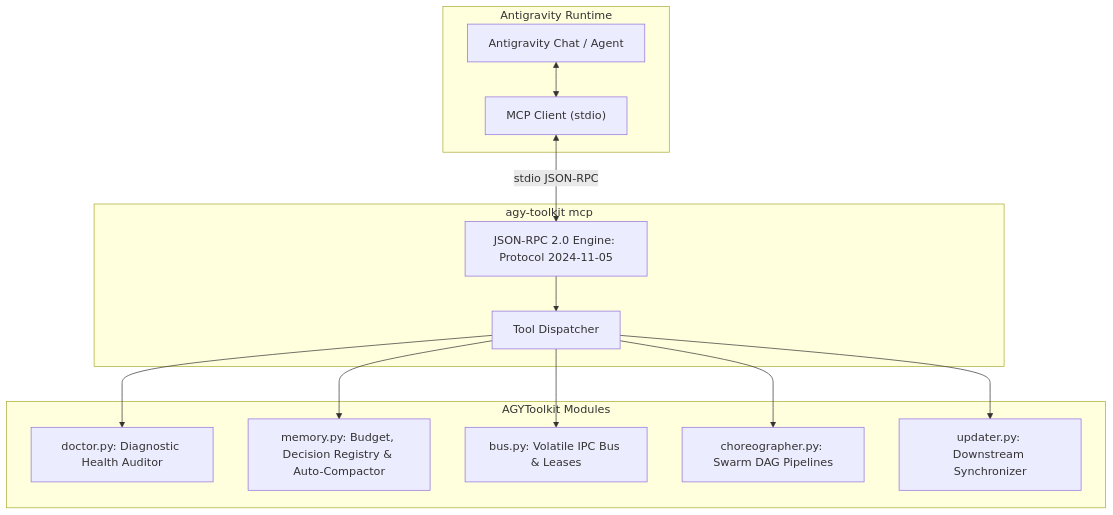
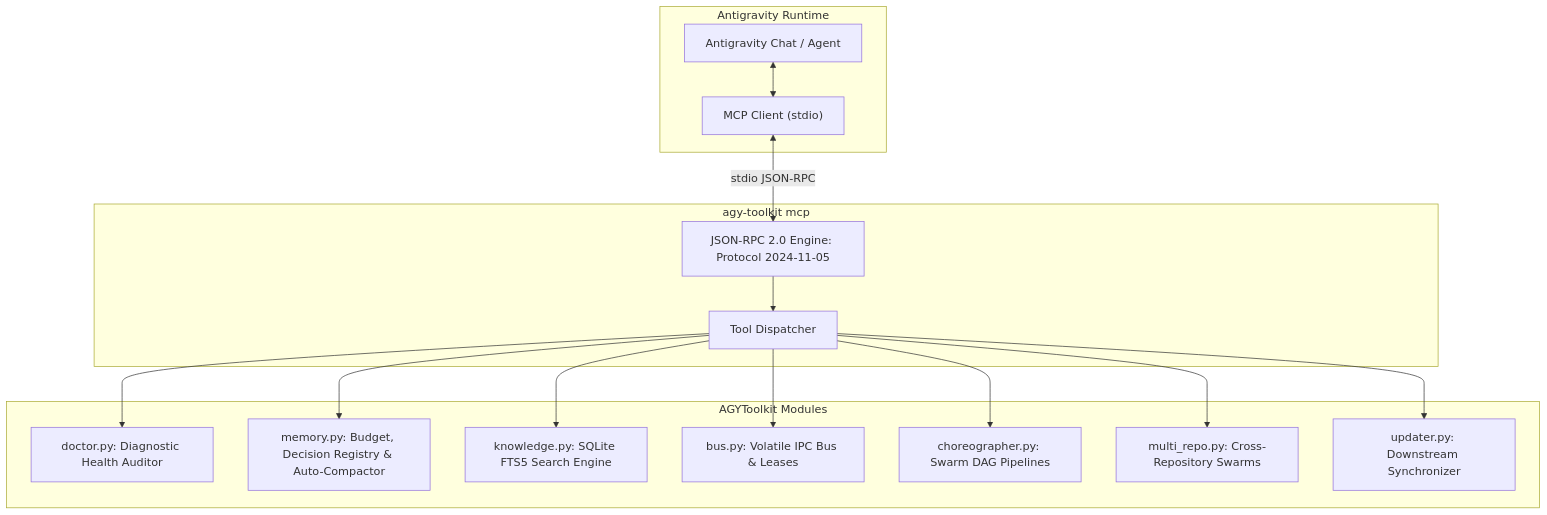
The diagram in docs/mcp_server.md (OneEyedDragon1102/AGYToolkit), drawn with Mermaid before and after one commit. The commit also changed other lines of this file and 11 other files, not shown here.

Commit message:
feat(swarm): add multi-repository and worktree swarm orchestrator

````diff
--- a/docs/mcp_server.md
+++ b/docs/mcp_server.md
@@ -9,29 +9,33 @@
 ```mermaid
 flowchart TD
     subgraph HostEnvironment ["Antigravity Runtime"]
         Agent["Antigravity Chat / Agent"]
         MCPClient["MCP Client (stdio)"]
     end
 
     subgraph MCPServer ["agy-toolkit mcp"]
         Protocol["JSON-RPC 2.0 Engine: Protocol 2024-11-05"]
         Dispatcher["Tool Dispatcher"]
     end
 
     subgraph FrameworkEngine ["AGYToolkit Modules"]
         Doctor["doctor.py: Diagnostic Health Auditor"]
         Memory["memory.py: Budget, Decision Registry & Auto-Compactor"]
+        Knowledge["knowledge.py: SQLite FTS5 Search Engine"]
         Bus["bus.py: Volatile IPC Bus & Leases"]
         Swarm["choreographer.py: Swarm DAG Pipelines"]
+        MultiRepo["multi_repo.py: Cross-Repository Swarms"]
         Updater["updater.py: Downstream Synchronizer"]
     end
 
     Agent <--> MCPClient
     MCPClient <-->|stdio JSON-RPC| Protocol
     Protocol --> Dispatcher
     Dispatcher --> Doctor
     Dispatcher --> Memory
+    Dispatcher --> Knowledge
     Dispatcher --> Bus
     Dispatcher --> Swarm
+    Dispatcher --> MultiRepo
     Dispatcher --> Updater
 ```
````
